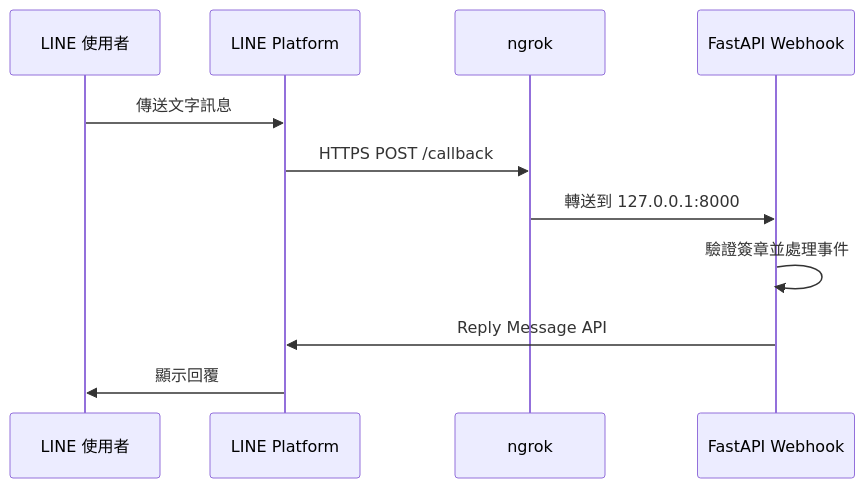
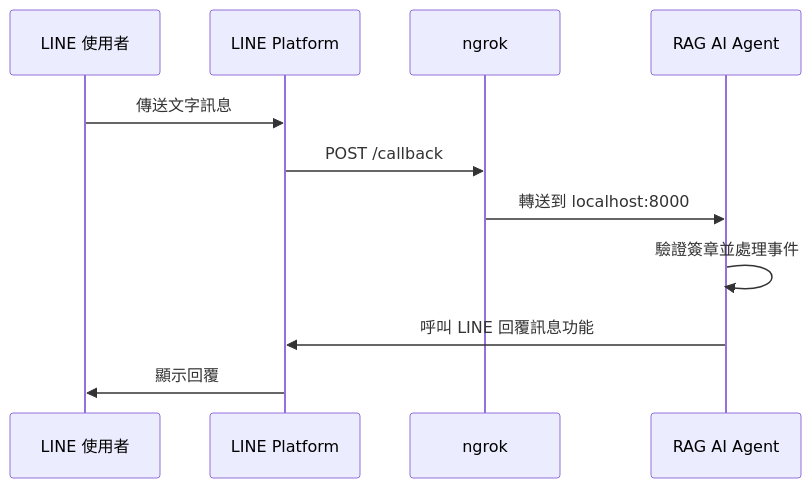
Before and after one commit to iangithub/k12ea-langchain-course: the first of 5 diagrams in day3/教學講義.md, drawn with Mermaid. The commit also changed other lines of this file and 20 other files, not shown here.

````diff
--- a/day3/教學講義.md
+++ b/day3/教學講義.md
@@ -285,13 +80,13 @@
 ```mermaid
 sequenceDiagram
     participant U as LINE 使用者
     participant L as LINE Platform
     participant N as ngrok
-    participant W as FastAPI Webhook
+    participant F as RAG AI Agent
     U->>L: 傳送文字訊息
-    L->>N: HTTPS POST /callback
-    N->>W: 轉送到 127.0.0.1:8000
-    W->>W: 驗證簽章並處理事件
-    W->>L: Reply Message API
+    L->>N: POST /callback
+    N->>F: 轉送到 localhost:8000
+    F->>F: 驗證簽章並處理事件
+    F->>L: 呼叫 LINE 回覆訊息功能
     L->>U: 顯示回覆
 ```
````
